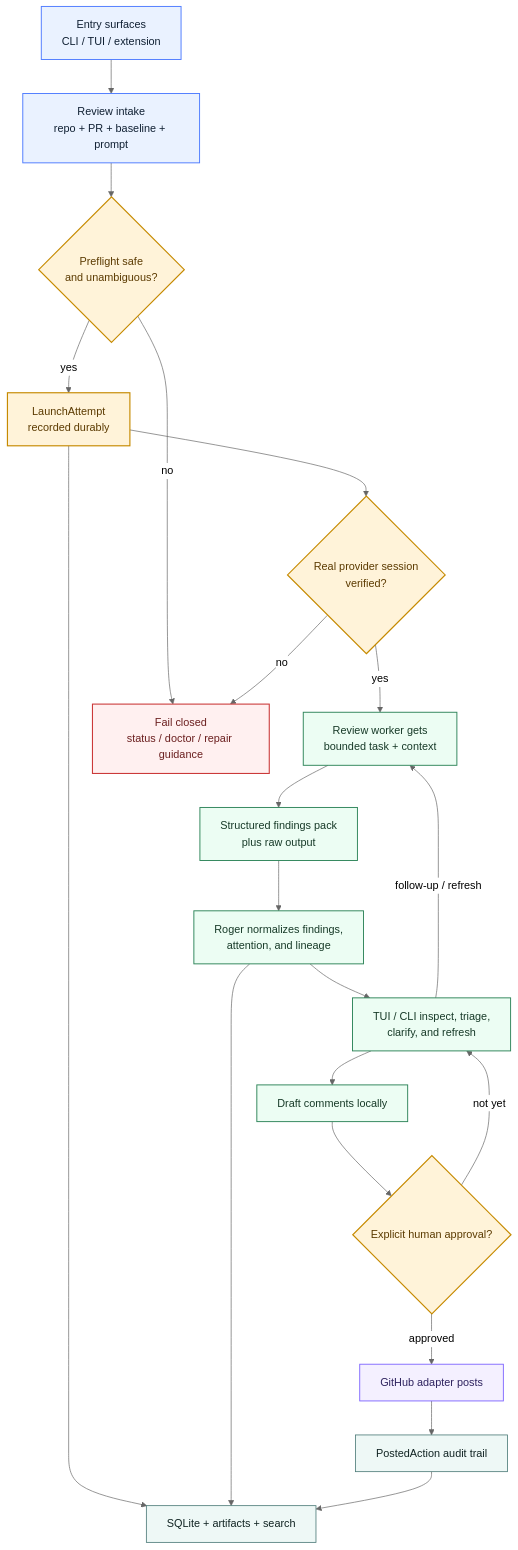
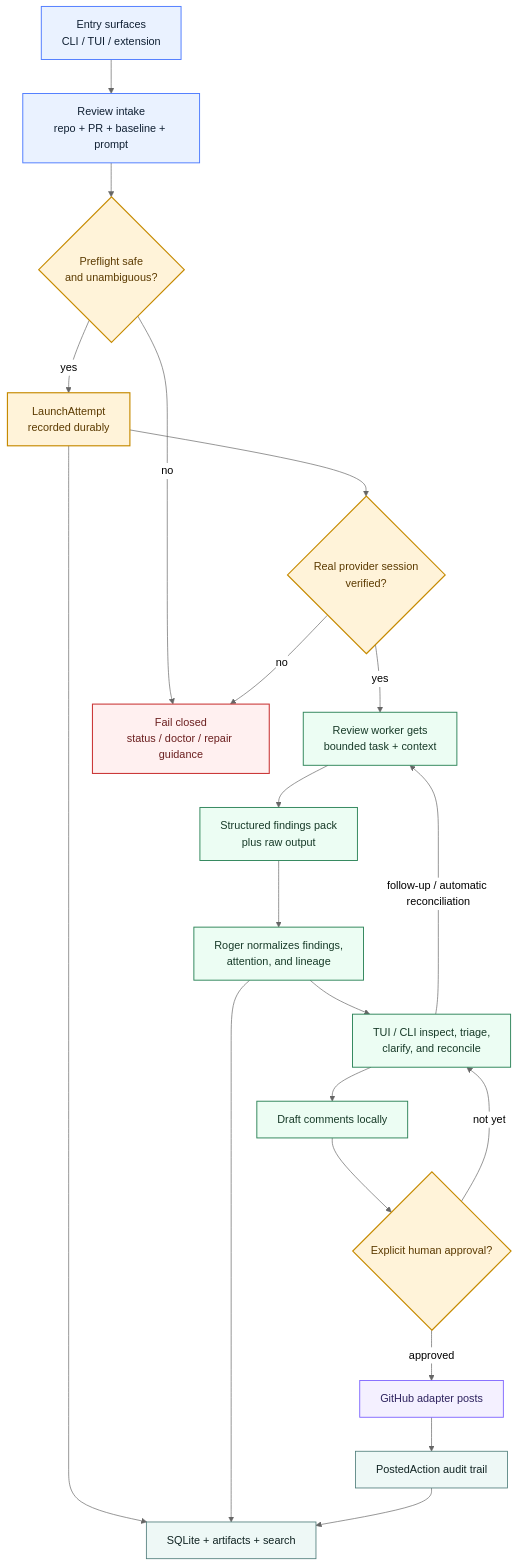
The first of 3 diagrams in docs/ROOT_LEVEL_FLOW_AND_ARCHITECTURE_DIAGRAMS.md (cdilga/roger-reviewer), drawn with Mermaid (neutral theme) before and after one commit. The commit also changed 105 other files, not shown here.

````diff
--- a/docs/ROOT_LEVEL_FLOW_AND_ARCHITECTURE_DIAGRAMS.md
+++ b/docs/ROOT_LEVEL_FLOW_AND_ARCHITECTURE_DIAGRAMS.md
@@ -66,38 +66,38 @@
 ```mermaid
 flowchart TD
     classDef entry fill:#EAF2FF,stroke:#4F7CFF,color:#102033,stroke-width:1.4px;
     classDef gate fill:#FFF3D9,stroke:#C68A00,color:#5B3A00,stroke-width:1.7px;
     classDef core fill:#ECFDF3,stroke:#2F855A,color:#173A28,stroke-width:1.4px;
     classDef data fill:#EEF8F6,stroke:#4C7A78,color:#102322,stroke-width:1.2px;
     classDef blocked fill:#FFF0F0,stroke:#CB3A3A,color:#6B1F1F,stroke-width:1.6px;
     classDef external fill:#F4F0FF,stroke:#7B61FF,color:#2D225E,stroke-width:1.3px;
 
     ENTRY["Entry surfaces<br/>CLI / TUI / extension"]:::entry
     INTAKE["Review intake<br/>repo + PR + baseline + prompt"]:::entry
     PREFLIGHT{"Preflight safe<br/>and unambiguous?"}:::gate
     ATTEMPT["LaunchAttempt<br/>recorded durably"]:::gate
     VERIFY{"Real provider session<br/>verified?"}:::gate
     WORKER["Review worker gets<br/>bounded task + context"]:::core
     PACK["Structured findings pack<br/>plus raw output"]:::core
     NORMALIZE["Roger normalizes findings,<br/>attention, and lineage"]:::core
-    INSPECT["TUI / CLI inspect, triage,<br/>clarify, and refresh"]:::core
+    INSPECT["TUI / CLI inspect, triage,<br/>clarify, and reconcile"]:::core
     DRAFT["Draft comments locally"]:::core
     APPROVE{"Explicit human approval?"}:::gate
     POST["GitHub adapter posts"]:::external
     AUDIT["PostedAction audit trail"]:::data
     STORE["SQLite + artifacts + search"]:::data
     BLOCK["Fail closed<br/>status / doctor / repair guidance"]:::blocked
 
     ENTRY --> INTAKE --> PREFLIGHT
     PREFLIGHT -- no --> BLOCK
     PREFLIGHT -- yes --> ATTEMPT
     ATTEMPT --> STORE
     ATTEMPT --> VERIFY
     VERIFY -- no --> BLOCK
     VERIFY -- yes --> WORKER --> PACK --> NORMALIZE --> INSPECT
     NORMALIZE --> STORE
-    INSPECT -- follow-up / refresh --> WORKER
+    INSPECT -- follow-up / automatic reconciliation --> WORKER
     INSPECT --> DRAFT --> APPROVE
     APPROVE -- not yet --> INSPECT
     APPROVE -- approved --> POST --> AUDIT --> STORE
 ```
````
